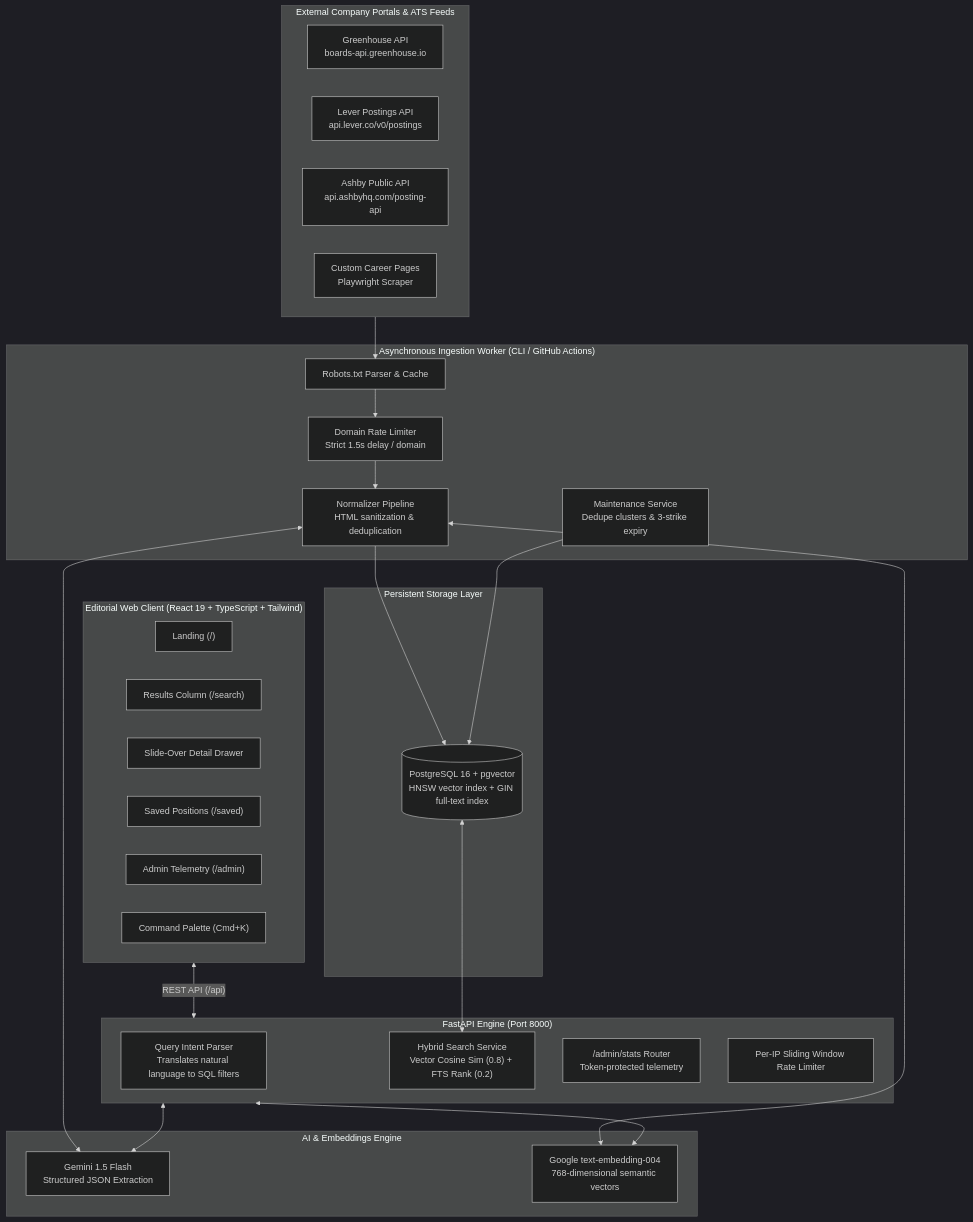
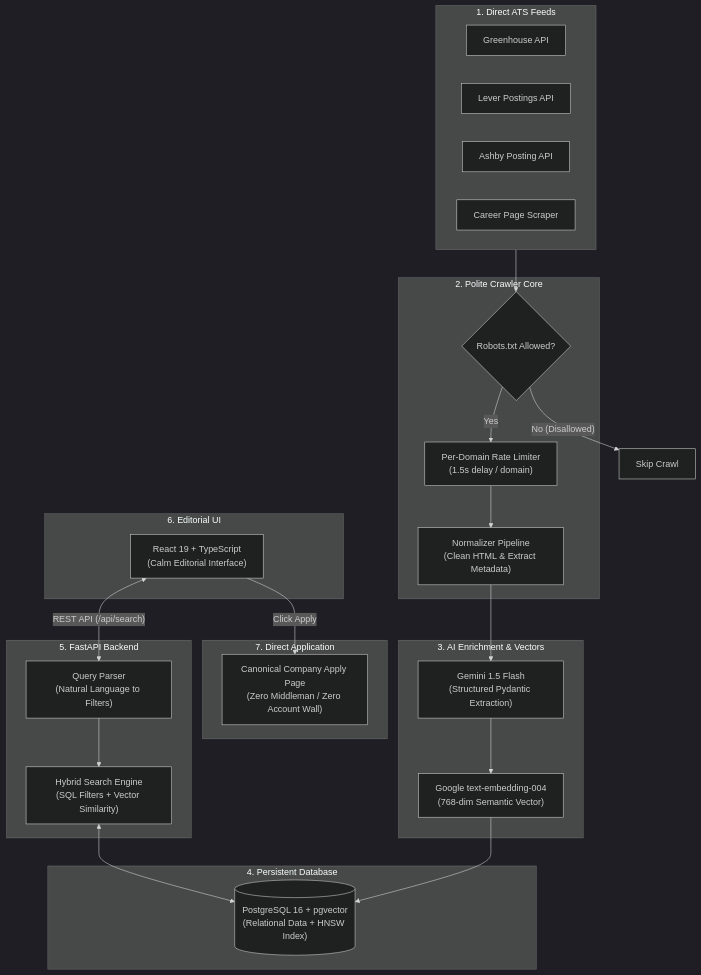
Before and after one commit to AdityaSurse/sift: the first of 6 diagrams in README.md, drawn with Mermaid (dark theme). The commit also changed other lines of this file, not shown here.

Commit message:
docs: restructure README with extensive subsystem flowcharts and planned Vercel topology

````diff
--- a/README.md
+++ b/README.md
@@ -70,53 +19,46 @@
 ```mermaid
 flowchart TD
-    subgraph DataSources ["External Company Portals & ATS Feeds"]
-        GH["Greenhouse API<br/>boards-api.greenhouse.io"]
-        LEV["Lever Postings API<br/>api.lever.co/v0/postings"]
-        ASH["Ashby Public API<br/>api.ashbyhq.com/posting-api"]
-        CUST["Custom Career Pages<br/>Playwright Scraper"]
+    subgraph Sources ["1. Direct ATS Feeds"]
+        GH["Greenhouse API"]
+        LEV["Lever Postings API"]
+        ASH["Ashby Posting API"]
+        CUST["Career Page Scraper"]
     end
 
-    subgraph PoliteWorker ["Asynchronous Ingestion Worker (CLI / GitHub Actions)"]
-        ROBOTS["Robots.txt Parser & Cache"]
-        THROTTLE["Domain Rate Limiter<br/>Strict 1.5s delay / domain"]
-        NORM["Normalizer Pipeline<br/>HTML sanitization & deduplication"]
-        MAINT["Maintenance Service<br/>Dedupe clusters & 3-strike expiry"]
+    subgraph Crawler ["2. Polite Crawler Core"]
+        ROBOTS{"Robots.txt Allowed?"}
+        RATE["Per-Domain Rate Limiter<br/>(1.5s delay / domain)"]
+        NORM["Normalizer Pipeline<br/>(Clean HTML & Extract Metadata)"]
     end
 
-    subgraph AI ["AI & Embeddings Engine"]
-        GEMINI_JSON["Gemini 1.5 Flash<br/>Structured JSON Extraction"]
-        GEMINI_EMBED["Google text-embedding-004<br/>768-dimensional semantic vectors"]
+    subgraph AI ["3. AI Enrichment & Vectors"]
+        GEMINI_JSON["Gemini 1.5 Flash<br/>(Structured Pydantic Extraction)"]
+        GEMINI_EMBED["Google text-embedding-004<br/>(768-dim Semantic Vector)"]
     end
 
-    subgraph Storage ["Persistent Storage Layer"]
-        PG[("PostgreSQL 16 + pgvector<br/>HNSW vector index + GIN full-text index")]
+    subgraph Storage ["4. Persistent Database"]
+        PG[("PostgreSQL 16 + pgvector<br/>(Relational Data + HNSW Index)")]
     end
 
-    subgraph APILayer ["FastAPI Engine (Port 8000)"]
-        PARSER["Query Intent Parser<br/>Translates natural language to SQL filters"]
-        HYBRID["Hybrid Search Service<br/>Vector Cosine Sim (0.8) + FTS Rank (0.2)"]
-        ADMIN["/admin/stats Router<br/>Token-protected telemetry"]
-        RATE["Per-IP Sliding Window Rate Limiter"]
+    subgraph API ["5. FastAPI Backend"]
+        PARSER["Query Parser<br/>(Natural Language to Filters)"]
+        HYBRID["Hybrid Search Engine<br/>(SQL Filters + Vector Similarity)"]
     end
 
-    subgraph FrontendLayer ["Editorial Web Client (React 19 + TypeScript + Tailwind)"]
-        LANDING["Landing (/)"]
-        RESULTS["Results Column (/search)"]
-        DRAWER["Slide-Over Detail Drawer"]
-        SAVED["Saved Positions (/saved)"]
-        ADMIN_UI["Admin Telemetry (/admin)"]
-        PALETTE["Command Palette (Cmd+K)"]
+    subgraph Frontend ["6. Editorial UI"]
+        REACT["React 19 + TypeScript<br/>(Calm Editorial Interface)"]
     end
 
-    DataSources --> ROBOTS --> THROTTLE --> NORM
-    NORM --> PG
-    NORM <--> GEMINI_JSON
-    NORM <--> GEMINI_EMBED
-    MAINT --> PG
+    subgraph Destination ["7. Direct Application"]
+        APPLY["Canonical Company Apply Page<br/>(Zero Middleman / Zero Account Wall)"]
+    end
+
+    Sources --> ROBOTS
+    ROBOTS -- Yes --> RATE --> NORM
+    ROBOTS -- No (Disallowed) --> SKIP["Skip Crawl"]
     
-    PG <--> HYBRID
-    APILayer <--> GEMINI_EMBED
-    APILayer <--> GEMINI_JSON
+    NORM --> GEMINI_JSON --> GEMINI_EMBED --> PG
     
-    FrontendLayer <-->|"REST API (/api)"| APILayer
+    REACT <-->|"REST API (/api/search)"| PARSER --> HYBRID <--> PG
+    REACT -->|"Click Apply"| APPLY
 ```
````
